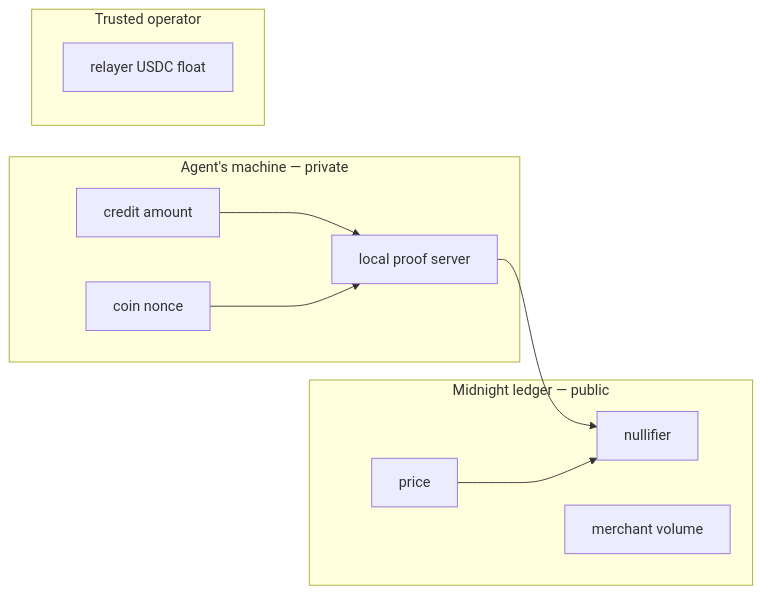
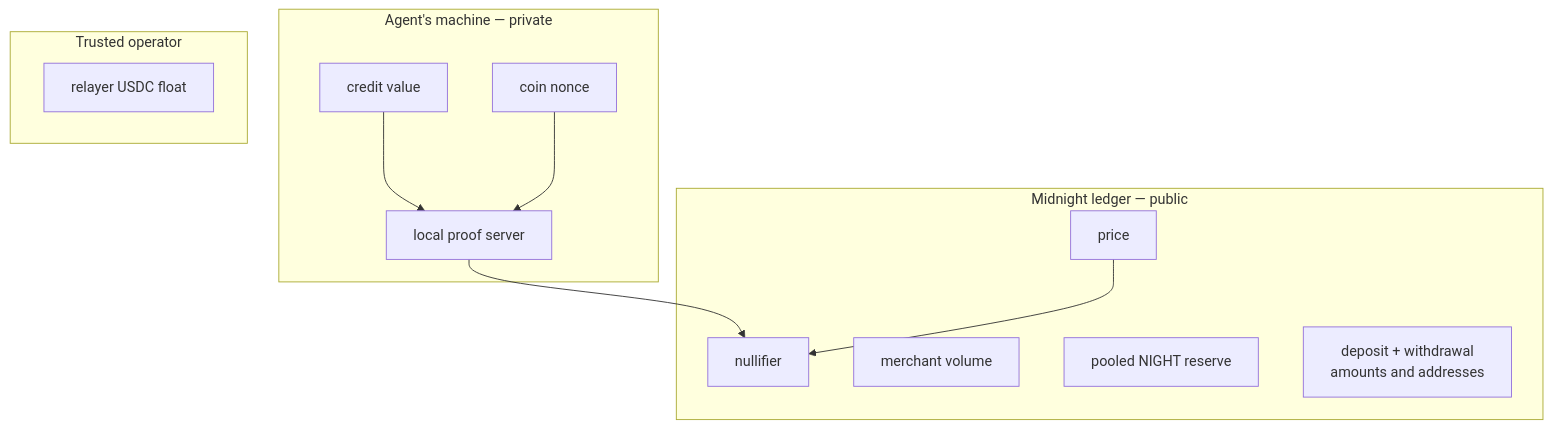
The eighth of 8 diagrams in docs/architecture/payment-flow.md (julianariel/m402), drawn with Mermaid before and after one commit. The commit also changed other lines of this file and 3 other files, not shown here.

First line of the commit message:
Document deposit across all docs; drop the placeholder diagram

````diff
--- a/docs/architecture/payment-flow.md
+++ b/docs/architecture/payment-flow.md
@@ -130,23 +195,25 @@
 ```mermaid
-flowchart LR
+flowchart TB
     subgraph private["Agent's machine — private"]
-        amount["credit amount"]
+        value["credit value"]
         nonce["coin nonce"]
         prover["local proof server"]
     end
 
     subgraph chain["Midnight ledger — public"]
         nullifier["nullifier"]
         price["price"]
         volume["merchant volume"]
+        reserve["pooled NIGHT reserve"]
+        deposits["deposit + withdrawal<br/>amounts and addresses"]
     end
 
     subgraph trusted["Trusted operator"]
         relayer["relayer USDC float"]
     end
 
-    amount --> prover
+    value --> prover
     nonce --> prover
     prover --> nullifier
     price --> nullifier
 ```
````
